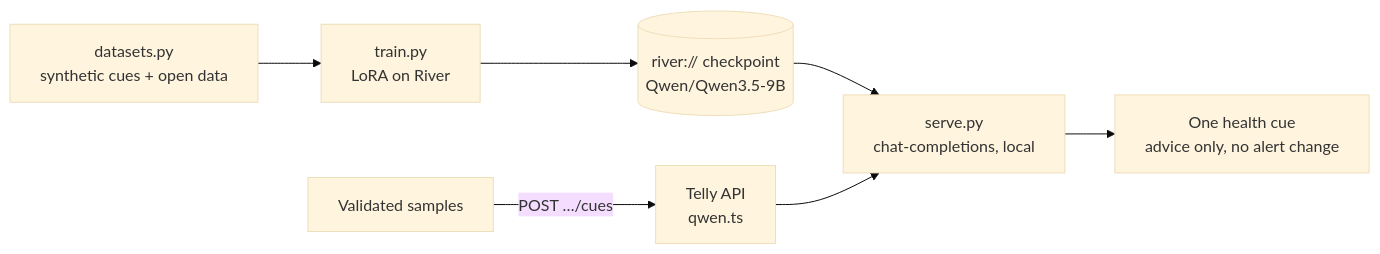
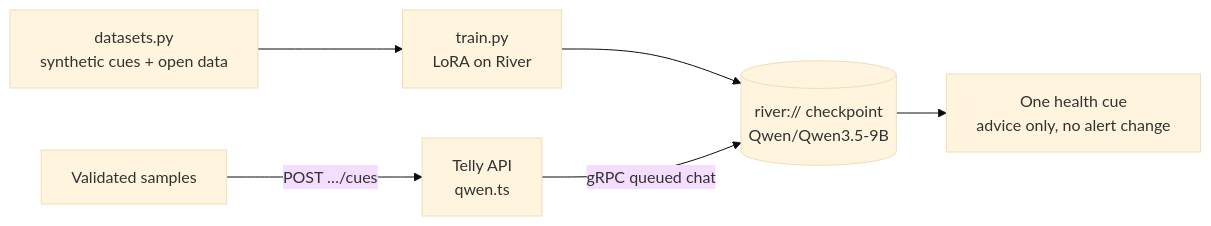
Before and after one commit to 42nights/telly: the sixth of 13 diagrams in README.md, drawn with Mermaid (base theme). The commit also changed other lines of this file and 14 other files, not shown here.

First line of the commit message:
fix(server): call River queued inference for health cues

````diff
--- a/README.md
+++ b/README.md
@@ -177,9 +177,8 @@
 ```mermaid
 flowchart LR
     data["datasets.py<br/>synthetic cues + open data"] --> train["train.py<br/>LoRA on River"]
     train --> ckpt[("river:// checkpoint<br/>Qwen/Qwen3.5-9B")]
-    ckpt --> serve["serve.py<br/>chat-completions, local"]
     samples["Validated samples"] -->|"POST …/cues"| api["Telly API<br/>qwen.ts"]
-    api --> serve
-    serve --> cue["One health cue<br/>advice only, no alert change"]
+    api -->|"gRPC queued chat"| ckpt
+    ckpt --> cue["One health cue<br/>advice only, no alert change"]
 ```
````
